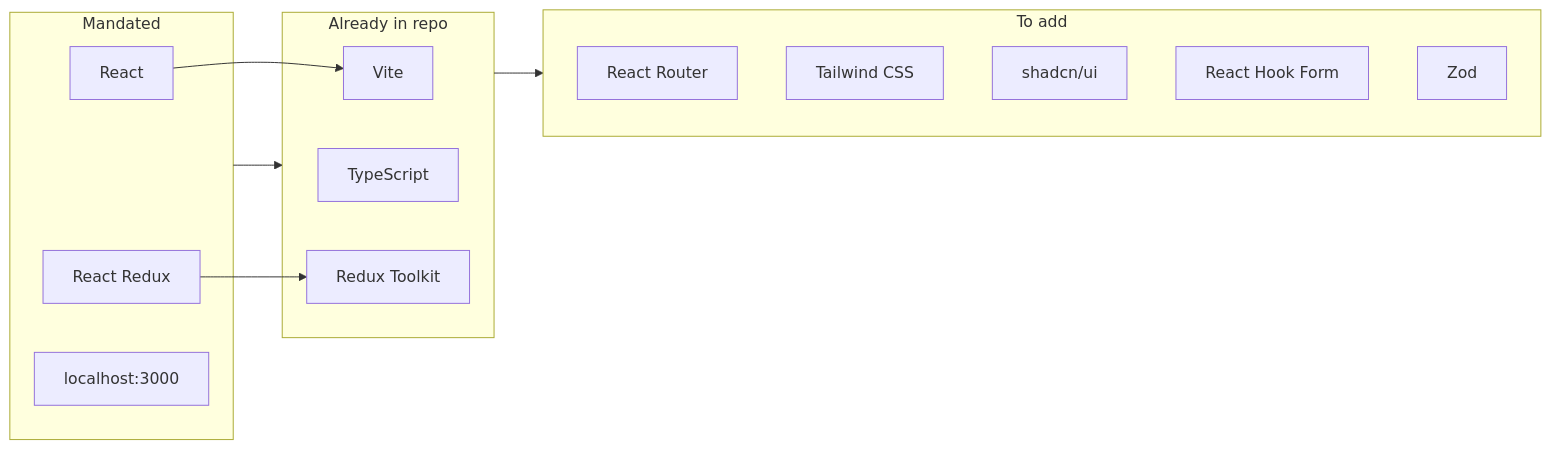
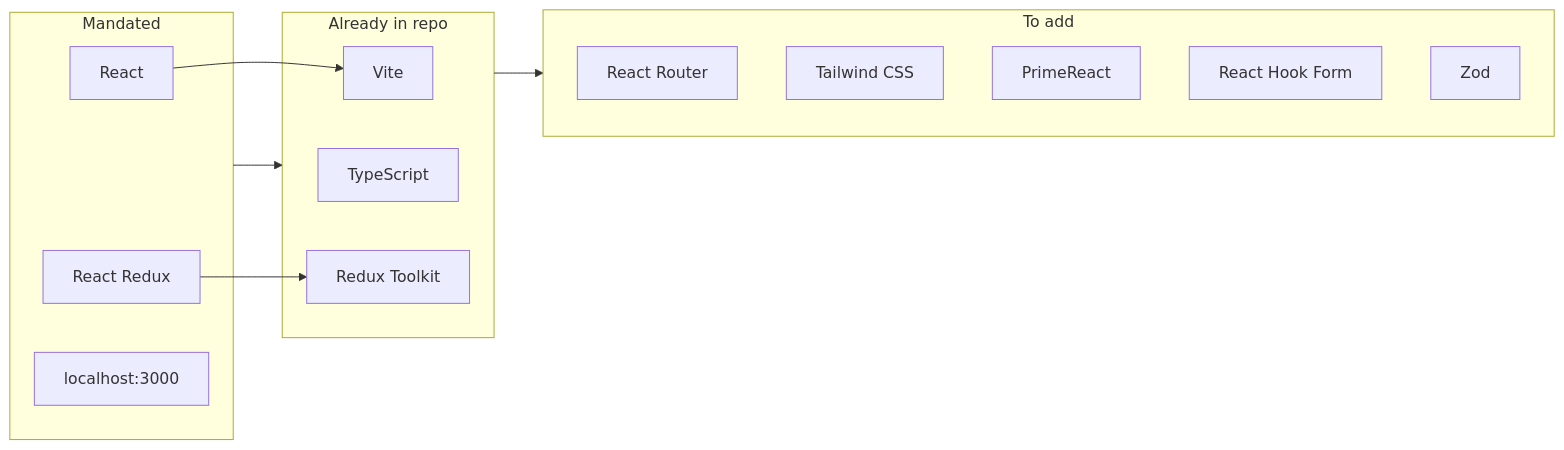
One commit to DevCoslike/Kamado changed the diagram in .cursor/plans/kamado-tech-stack.md. Above: the diagram before and after it, drawn with Mermaid. The commit also changed other lines of this file and 2 other files, not shown here.

Commit message:
Update package.json to add new dependencies including PrimeReact, Tailwind CSS, and Zod. Revise documentation to reflect changes in the tech stack, replacing shadcn/ui with PrimeReact for styling and component library, and updating related implementation details.

````diff
--- a/.cursor/plans/kamado-tech-stack.md
+++ b/.cursor/plans/kamado-tech-stack.md
@@ -56,24 +56,24 @@
 ```mermaid
 flowchart LR
   subgraph Core["Mandated"]
     React[React]
     Redux[React Redux]
     Port[localhost:3000]
   end
   subgraph Current["Already in repo"]
     Vite[Vite]
     TS[TypeScript]
     RTK[Redux Toolkit]
   end
   subgraph ToAdd["To add"]
     Router[React Router]
     Tailwind[Tailwind CSS]
-    Shadcn[shadcn/ui]
+    PrimeReact[PrimeReact]
     RHF[React Hook Form]
     Zod[Zod]
   end
   React --> Vite
   Redux --> RTK
   Core --> Current
   Current --> ToAdd
 ```
````
